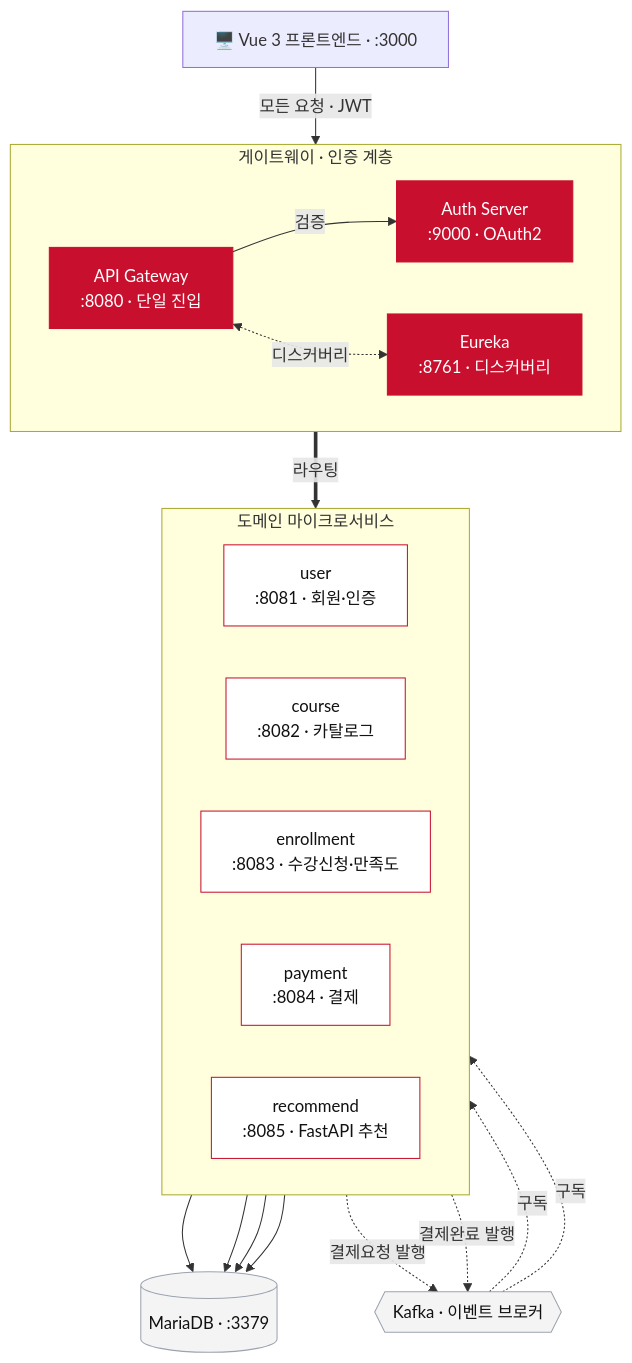
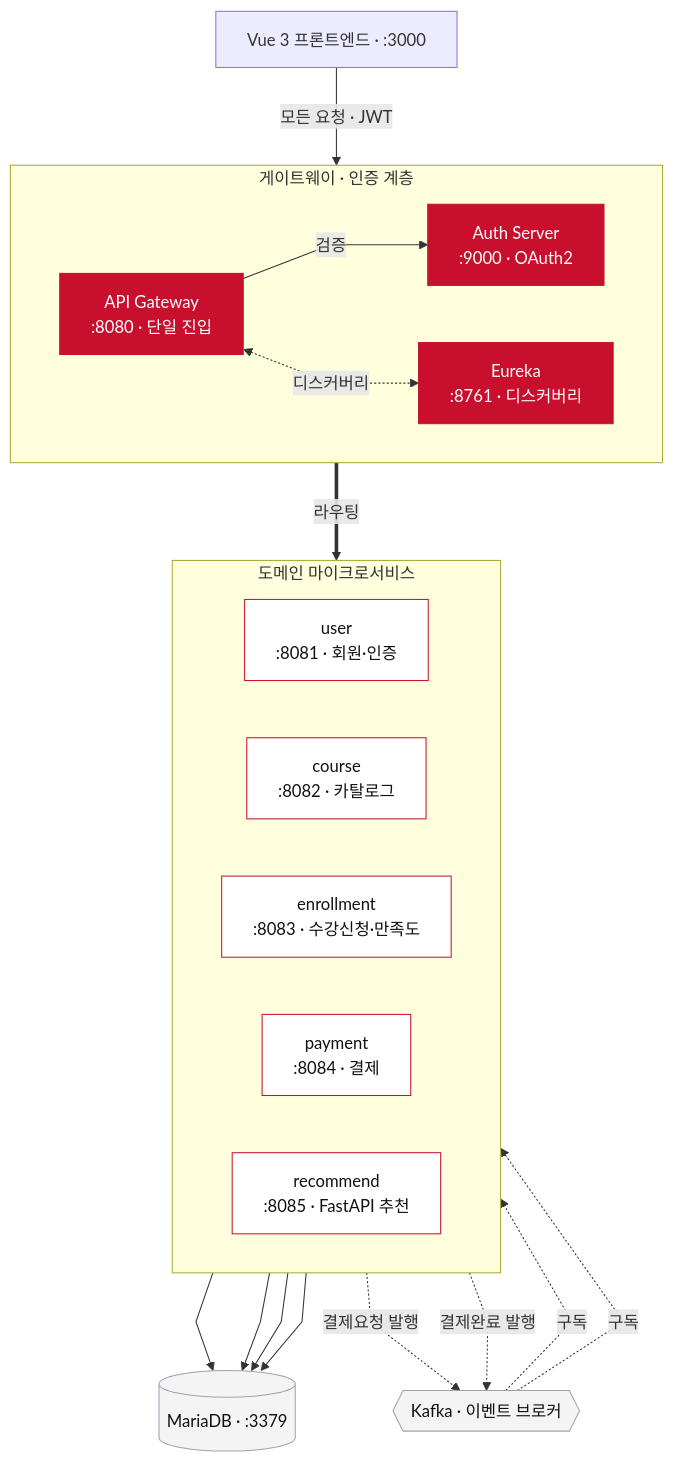
One commit to sonseohy/SKALA-MSA-CAPSTONE changed the first of 2 diagrams in README.md. Above: the diagram before and after it, drawn with Mermaid. The commit also changed other lines of this file, not shown here.

First line of the commit message:
docs: README 다이어그램 직선화 및 스프린트·이해관계자 섹션 보완

````diff
--- a/README.md
+++ b/README.md
@@ -42,40 +66,41 @@
 ```mermaid
+%%{init: {'flowchart': {'curve': 'linear', 'nodeSpacing': 55, 'rankSpacing': 70}}}%%
 flowchart TB
-    FE["🖥️ Vue 3 프론트엔드 · :3000"]
+    FE["Vue 3 프론트엔드 · :3000"]
     subgraph edge["게이트웨이 · 인증 계층"]
         direction LR
         GW["API Gateway<br/>:8080 · 단일 진입"]
         AUTH["Auth Server<br/>:9000 · OAuth2"]
         EUREKA["Eureka<br/>:8761 · 디스커버리"]
     end
     subgraph domain["도메인 마이크로서비스"]
         direction LR
         USER["user<br/>:8081 · 회원·인증"]
         COURSE["course<br/>:8082 · 카탈로그"]
         ENROLL["enrollment<br/>:8083 · 수강신청·만족도"]
         PAY["payment<br/>:8084 · 결제"]
         REC["recommend<br/>:8085 · FastAPI 추천"]
     end
     DB[("MariaDB · :3379")]
     KAFKA{{"Kafka · 이벤트 브로커"}}
 
     FE -->|"모든 요청 · JWT"| GW
     GW -->|검증| AUTH
     GW <-.->|디스커버리| EUREKA
     GW ==>|라우팅| domain
     USER --> DB
     COURSE --> DB
     ENROLL --> DB
     PAY --> DB
-    ENROLL -. 결제요청 발행 .-> KAFKA
-    KAFKA -. 구독 .-> PAY
-    PAY -. 결제완료 발행 .-> KAFKA
-    KAFKA -. 구독 .-> ENROLL
+    ENROLL -.->|결제요청 발행| KAFKA
+    KAFKA -.->|구독| PAY
+    PAY -.->|결제완료 발행| KAFKA
+    KAFKA -.->|구독| ENROLL
 
     classDef edgeNode fill:#c8102e,stroke:#c8102e,color:#fff;
     classDef domainNode fill:#fff,stroke:#c8102e,color:#111;
     classDef infraNode fill:#f4f4f5,stroke:#9ca3af,color:#111;
     class GW,AUTH,EUREKA edgeNode;
     class USER,COURSE,ENROLL,PAY,REC domainNode;
     class DB,KAFKA infraNode;
 ```
````
